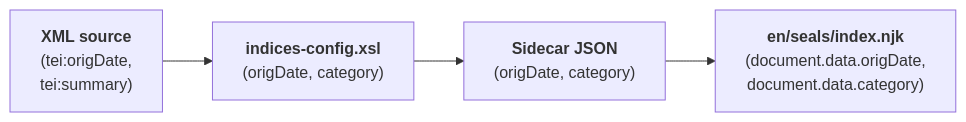
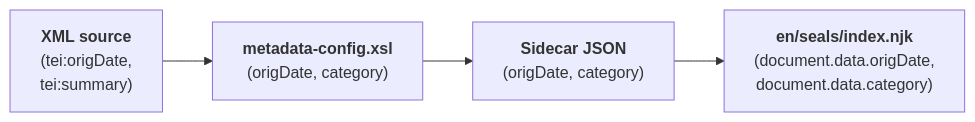
Before and after one commit to olvidalo/efes-ng-prototype: the diagram in docs/tutorial/customize-seal-list.md, drawn with Mermaid. The commit also changed other lines of this file and 27 other files, not shown here.

Commit message:
rename indices-config.xsl to metadata-config.xsl

````diff
--- a/docs/tutorial/customize-seal-list.md
+++ b/docs/tutorial/customize-seal-list.md
@@ -129,9 +129,9 @@
 ```mermaid
 flowchart LR
   xml["<b>XML source</b>\n(tei:origDate,\ntei:summary)"]
-  config["<b>indices-config.xsl</b>\n(origDate, category)"]
+  config["<b>metadata-config.xsl</b>\n(origDate, category)"]
   json["<b>Sidecar JSON</b>\n(origDate, category)"]
   template["<b>en/seals/index.njk</b>\n(document.data.origDate,\ndocument.data.category)"]
 
   xml --> config --> json --> template
 ```
````
